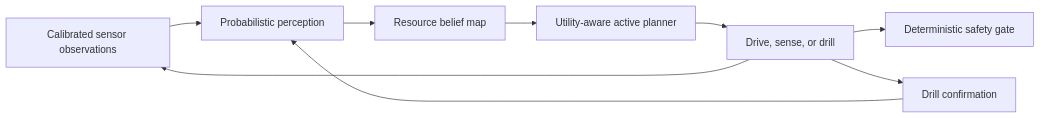
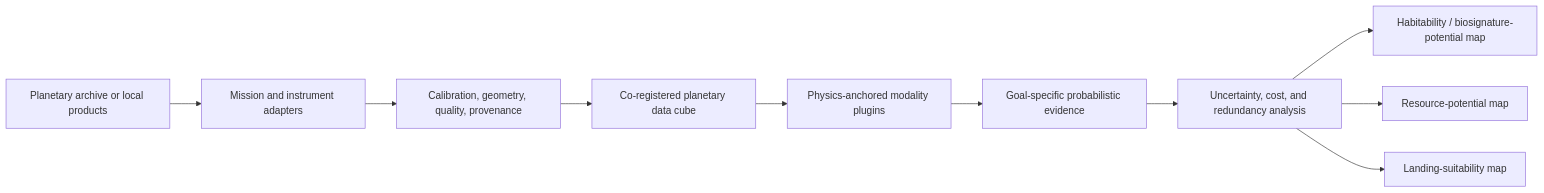
The diagram in README.md (kumarprabhakaransaravanakumar-wq/terra-prospect), drawn with Mermaid before and after one commit. The commit also changed other lines of this file and 3 other files, not shown here.

Commit message:
Reframe Terra-Prospect around planetary flyover analysis

````diff
--- a/README.md
+++ b/README.md
@@ -32,11 +39,12 @@
 ```mermaid
 flowchart LR
-    A["Calibrated sensor observations"] --> B["Probabilistic perception"]
-    B --> C["Resource belief map"]
-    C --> D["Utility-aware active planner"]
-    D --> E["Drive, sense, or drill"]
-    E --> F["Deterministic safety gate"]
-    E --> A
-    E --> G["Drill confirmation"]
-    G --> B
+    A["Planetary archive or local products"] --> B["Mission and instrument adapters"]
+    B --> C["Calibration, geometry, quality, provenance"]
+    C --> D["Co-registered planetary data cube"]
+    D --> E["Physics-anchored modality plugins"]
+    E --> F["Goal-specific probabilistic evidence"]
+    F --> G["Uncertainty, cost, and redundancy analysis"]
+    G --> H["Habitability / biosignature-potential map"]
+    G --> I["Resource-potential map"]
+    G --> J["Landing-suitability map"]
 ```
````
